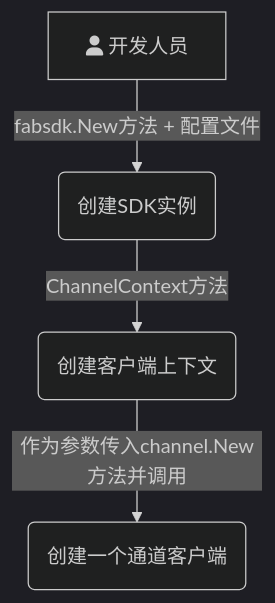
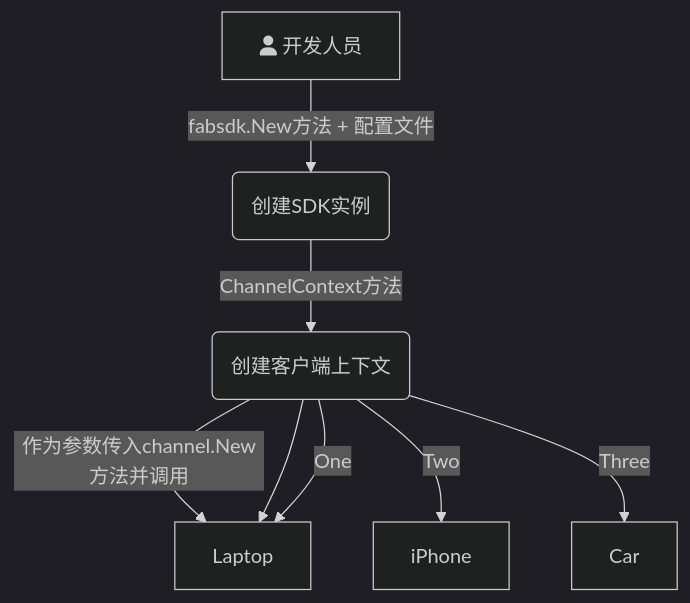
One commit to Utekichan/iodraw-files changed the diagram in all/未命名.md. Above: the diagram before and after it, drawn with Mermaid (dark theme).

Commit message:
2024-03-30 22:18:41 update

````diff
--- a/all/未命名.md
+++ b/all/未命名.md
@@ -1,11 +1,11 @@
 ```mermaid
 graph TD
     A[fa:fa-user 开发人员] -->|fabsdk.New方法 + 配置文件| B(创建SDK实例)
     B-->|ChannelContext方法| C(创建客户端上下文)
     C-->|作为参数传入channel.New方法并调用| D(创建一个通道客户端)
-    %% C --> D{Select}
-    %% C -->|One| D[Laptop]
-    %% C -->|Two| E[iPhone]
-    %% C -->|Three| F[Car]
+    C --> D{Select}
+    C -->|One| D[Laptop]
+    C -->|Two| E[iPhone]
+    C -->|Three| F[Car]
   
 ```
````
